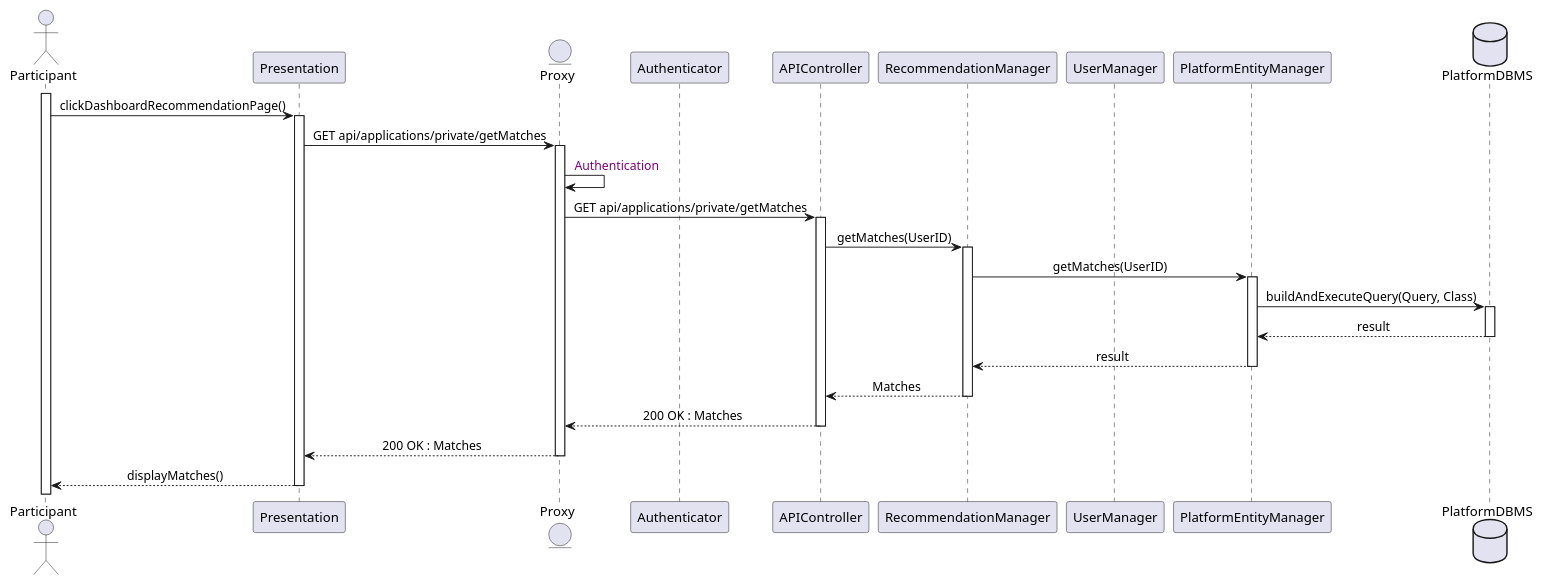
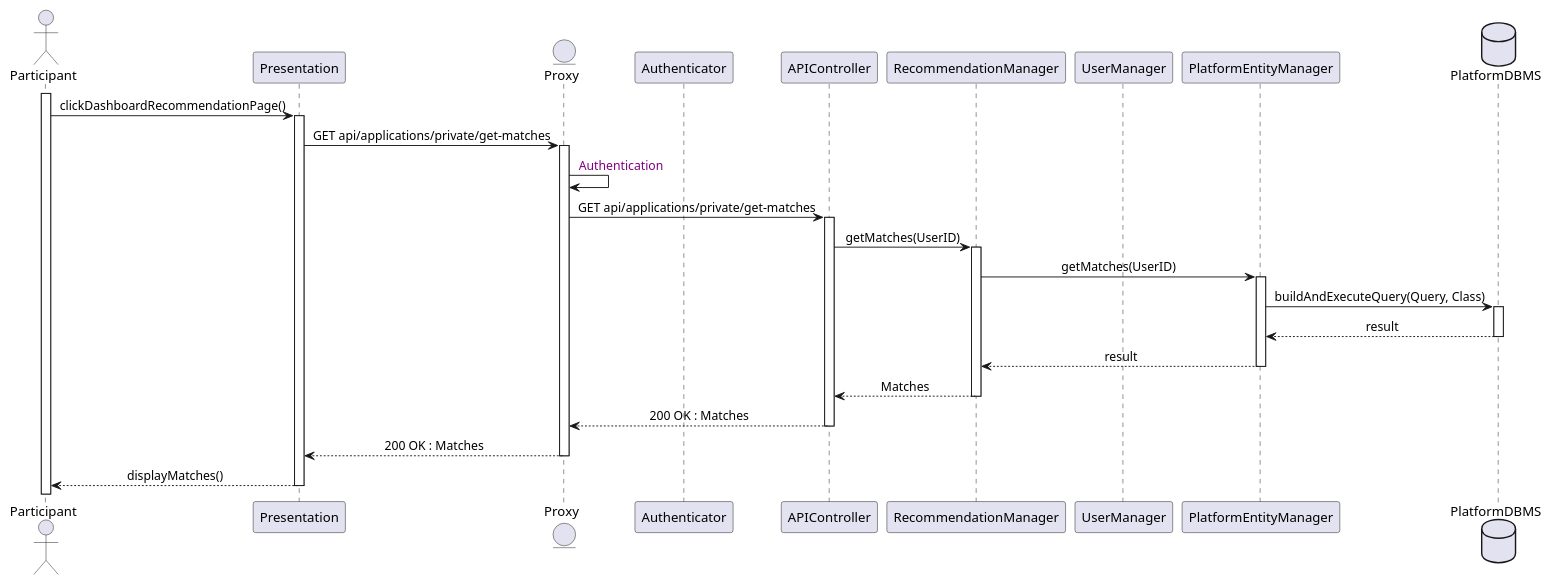
One commit to Slaitroc/RicciPaoliGrisoni changed the diagram in Diagrams/SequenceDiagrams/DD/14ParticipantSeesMatches.wsd. Above: the diagram before and after it, drawn with PlantUML.

Commit message:
Refactor 14ParticipantSeesMatches.wsd SequenceDiagram

```diff
--- a/Diagrams/SequenceDiagrams/DD/14ParticipantSeesMatches.wsd
+++ b/Diagrams/SequenceDiagrams/DD/14ParticipantSeesMatches.wsd
@@ -1,39 +1,39 @@
 @startuml 14ParticipantSeesMatches
 skinparam sequenceMessageAlign center
 actor       Participant
 participant Presentation
 entity      Proxy
 participant Authenticator
 participant APIController
 participant RecommendationManager
 participant UserManager
 participant PlatformEntityManager
 database    PlatformDBMS
 
 activate Participant
 Participant -> Presentation : clickDashboardRecommendationPage()
 activate Presentation
-Presentation -> Proxy : GET api/applications/private/getMatches
+Presentation -> Proxy : GET api/applications/private/get-matches
 activate Proxy
 Proxy -> Proxy : <color:purple> Authentication
-Proxy -> APIController : GET api/applications/private/getMatches
+Proxy -> APIController : GET api/applications/private/get-matches
 activate APIController
 APIController -> RecommendationManager : getMatches(UserID)
 activate RecommendationManager
 RecommendationManager -> PlatformEntityManager : getMatches(UserID)
 activate PlatformEntityManager
 PlatformEntityManager -> PlatformDBMS : buildAndExecuteQuery(Query, Class)
 activate PlatformDBMS
 PlatformDBMS --> PlatformEntityManager : result
 deactivate PlatformDBMS
 PlatformEntityManager --> RecommendationManager : result
 deactivate PlatformEntityManager
 RecommendationManager --> APIController : Matches
 deactivate RecommendationManager
 APIController --> Proxy : 200 OK : Matches
 deactivate APIController
 Proxy --> Presentation : 200 OK : Matches
 deactivate Proxy
 Presentation --> Participant : displayMatches()
 deactivate Presentation
 @enduml
```
